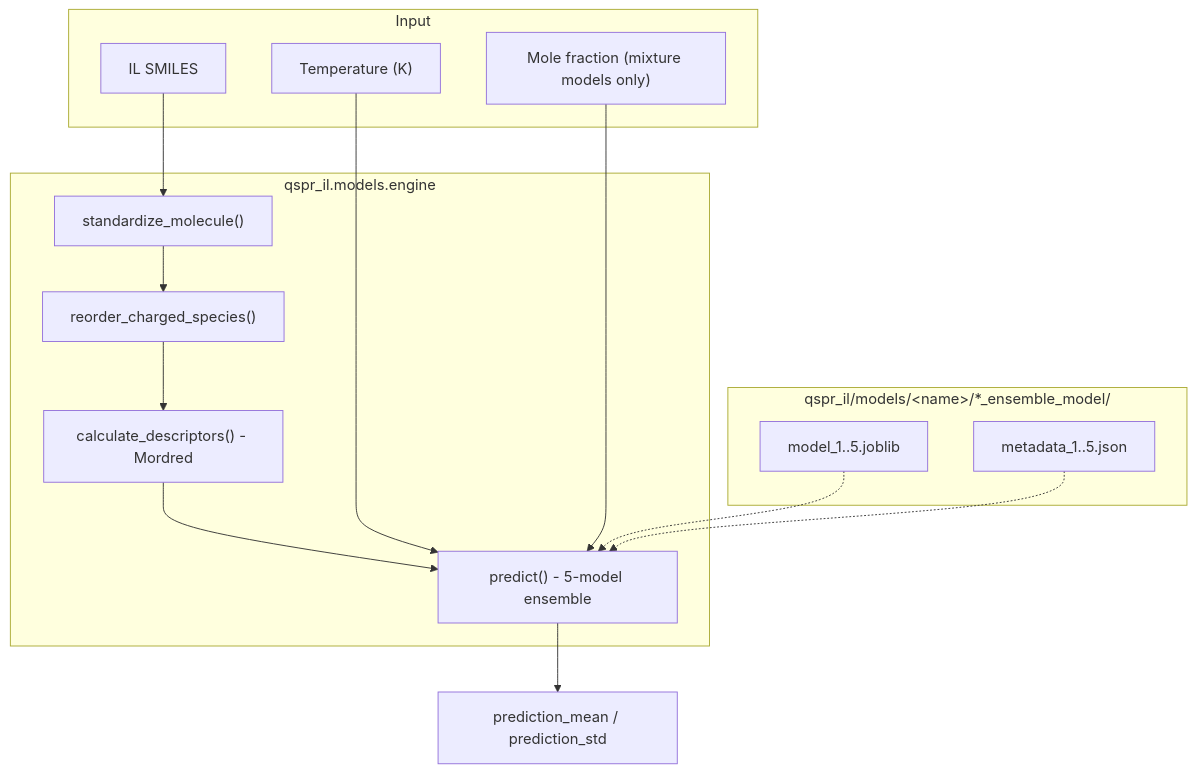
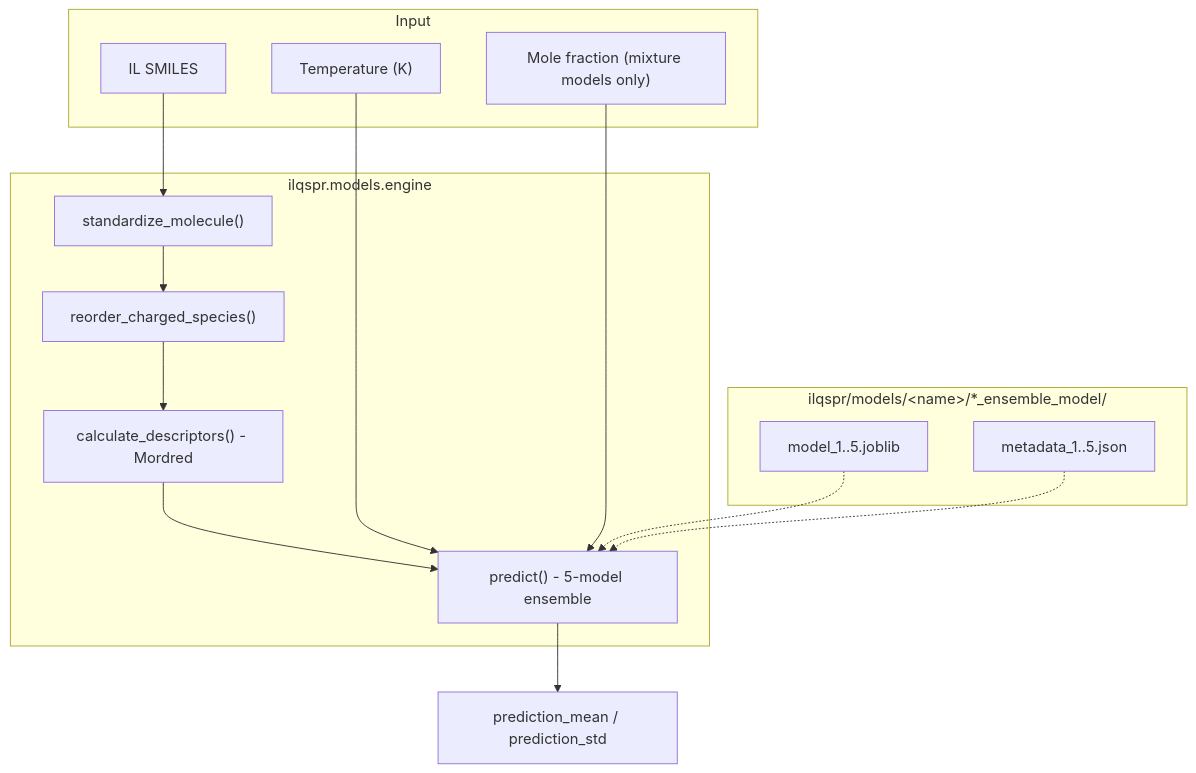
One commit to kammmran/qspr-il-density-refractive-index changed the first of 4 diagrams in docs/engine.rst. Above: the diagram before and after it, drawn with Mermaid. The commit also changed other lines of this file and 25 other files, not shown here.

Commit message:
qspr_il replaced with ilqspr

```diff
--- a/docs/engine.rst
+++ b/docs/engine.rst
@@ -9,27 +9,27 @@
 .. mermaid::
 
    graph TD
        subgraph Input
            A["IL SMILES"]
            B["Temperature (K)"]
            C["Mole fraction (mixture models only)"]
        end
 
-       subgraph "qspr_il.models.engine"
+       subgraph "ilqspr.models.engine"
            D["standardize_molecule()"]
            E["reorder_charged_species()"]
            F["calculate_descriptors() - Mordred"]
            G["predict() - 5-model ensemble"]
        end
 
-       subgraph "qspr_il/models/&lt;name&gt;/*_ensemble_model/"
+       subgraph "ilqspr/models/&lt;name&gt;/*_ensemble_model/"
            H["model_1..5.joblib"]
            I["metadata_1..5.json"]
        end
 
        A --> D --> E --> F --> G
        B --> G
        C --> G
        H -.-> G
        I -.-> G
        G --> J["prediction_mean / prediction_std"]
```
